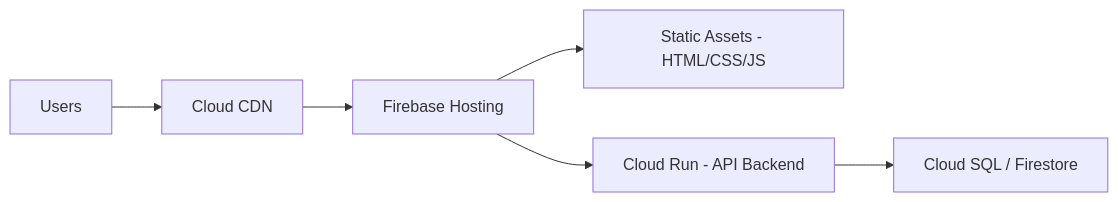
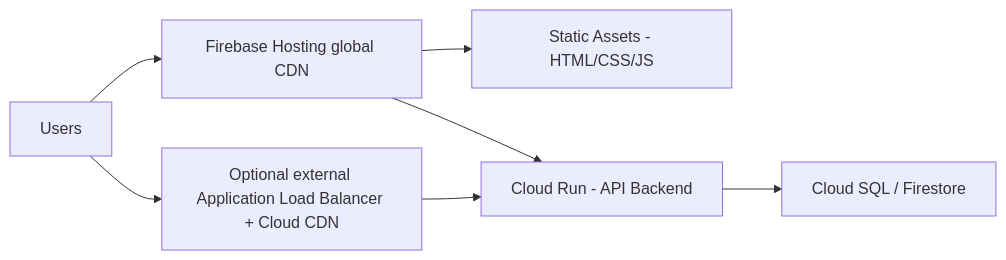
Before and after one commit to OneUptime/blog: the diagram in posts/2026-02-17-how-to-deploy-a-serverless-web-application-using-cloud-run-firebase-hosting-and-cloud-cdn/README.md, drawn with Mermaid. The commit also changed other lines of this file and 2 other files, not shown here.

Commit message:
validate: 2026-02-17-how-to-deploy-a-serverless-web-application-using-cloud-run-firebase-hosting-and-cloud-cdn

````diff
--- a/posts/2026-02-17-how-to-deploy-a-serverless-web-application-using-cloud-run-firebase-hosting-and-cloud-cdn/README.md
+++ b/posts/2026-02-17-how-to-deploy-a-serverless-web-application-using-cloud-run-firebase-hosting-and-cloud-cdn/README.md
@@ -17,8 +17,9 @@
 ```mermaid
 graph LR
-    A[Users] --> B[Cloud CDN]
-    B --> C[Firebase Hosting]
-    C --> D[Static Assets - HTML/CSS/JS]
-    C --> E[Cloud Run - API Backend]
-    E --> F[Cloud SQL / Firestore]
+    A[Users] --> B[Firebase Hosting global CDN]
+    B --> C[Static Assets - HTML/CSS/JS]
+    B --> D[Cloud Run - API Backend]
+    A --> E[Optional external Application Load Balancer + Cloud CDN]
+    E --> D
+    D --> F[Cloud SQL / Firestore]
 ```
````
